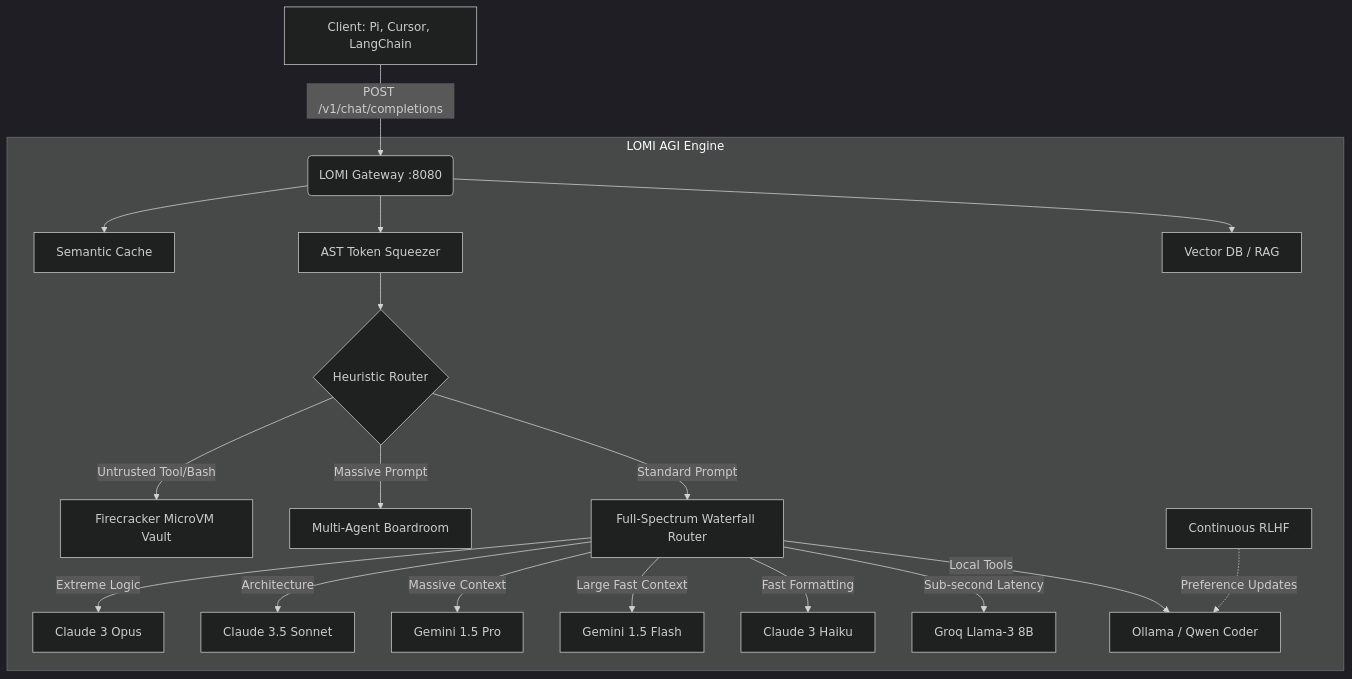
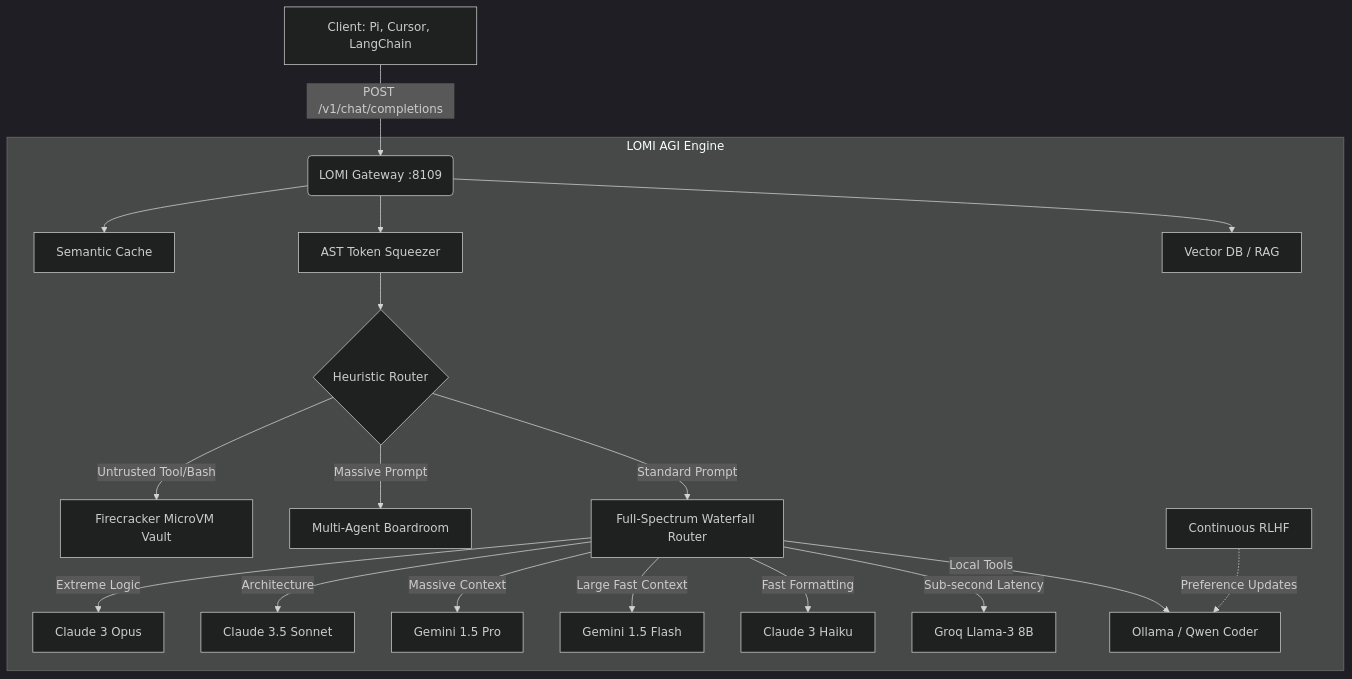
Before and after one commit to CharleGutierrez/lomi: the diagram in README.md, drawn with Mermaid (dark theme). The commit also changed other lines of this file and 27 other files, not shown here.

````diff
--- a/README.md
+++ b/README.md
@@ -56,25 +56,25 @@
 ```mermaid
 graph TD
-    Client[Client: Pi, Cursor, LangChain] -->|POST /v1/chat/completions| LomiGateway(LOMI Gateway :8080)
+    Client[Client: Pi, Cursor, LangChain] -->|POST /v1/chat/completions| LomiGateway(LOMI Gateway :8109)
     
     subgraph LOMI AGI Engine
         LomiGateway --> Cache[Semantic Cache]
         LomiGateway --> AST[AST Token Squeezer]
         LomiGateway --> RAG[Vector DB / RAG]
         
         AST --> Decision{Heuristic Router}
         Decision -->|Untrusted Tool/Bash| Vault[Firecracker MicroVM Vault]
         Decision -->|Massive Prompt| Boardroom[Multi-Agent Boardroom]
         Decision -->|Standard Prompt| Waterfall[Full-Spectrum Waterfall Router]
         
         Waterfall -->|Extreme Logic| Opus[Claude 3 Opus]
         Waterfall -->|Architecture| Sonnet[Claude 3.5 Sonnet]
         Waterfall -->|Massive Context| GeminiPro[Gemini 1.5 Pro]
         Waterfall -->|Large Fast Context| GeminiFlash[Gemini 1.5 Flash]
         Waterfall -->|Fast Formatting| Haiku[Claude 3 Haiku]
         Waterfall -->|Sub-second Latency| Groq[Groq Llama-3 8B]
         Waterfall -->|Local Tools| Local[Ollama / Qwen Coder]
         
         RLHF[Continuous RLHF] -.->|Preference Updates| Local
     end
 ```
````
